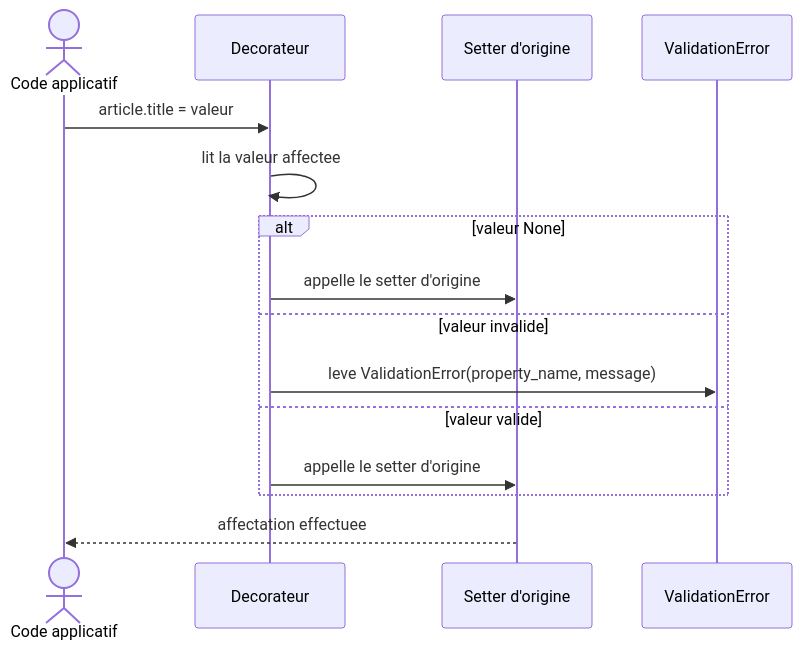
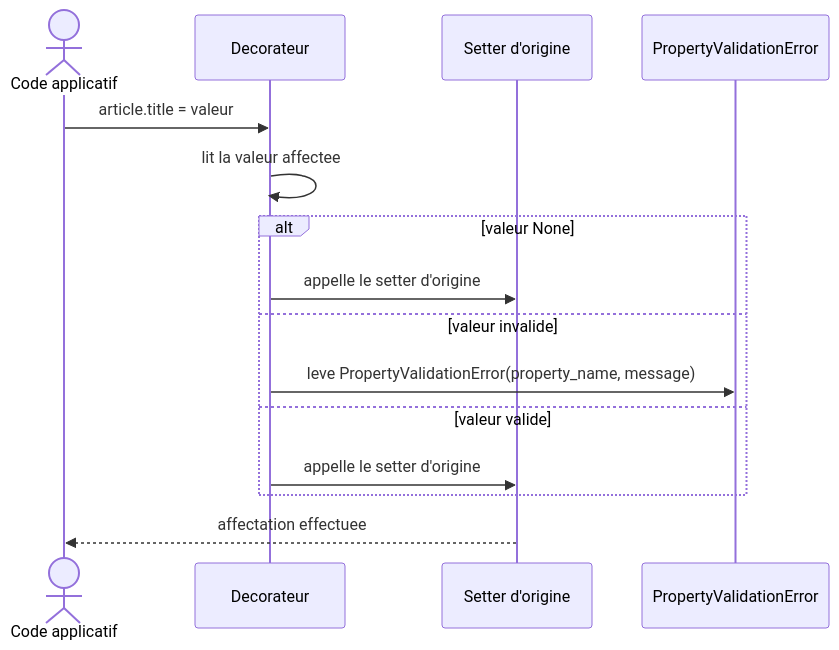
The second of 2 diagrams in core/validation/docs/decorators.md (caucrogeGit/Forge), drawn with Mermaid before and after one commit. The commit also changed other lines of this file and 9 other files, not shown here.

First line of the commit message:
refactor: renommer core.validation.ValidationError en PropertyValidationError (CORE-VALIDATIONERROR-UNIFY-001)

````diff
--- a/core/validation/docs/decorators.md
+++ b/core/validation/docs/decorators.md
@@ -107,18 +107,18 @@
 ```mermaid
 sequenceDiagram
     actor Code as Code applicatif
     participant Wrapper as Decorateur
     participant Setter as Setter d'origine
-    participant Erreur as ValidationError
+    participant Erreur as PropertyValidationError
 
     Code->>Wrapper: article.title = valeur
     Wrapper->>Wrapper: lit la valeur affectee
     alt valeur None
         Wrapper->>Setter: appelle le setter d'origine
     else valeur invalide
-        Wrapper->>Erreur: leve ValidationError(property_name, message)
+        Wrapper->>Erreur: leve PropertyValidationError(property_name, message)
     else valeur valide
         Wrapper->>Setter: appelle le setter d'origine
     end
     Setter-->>Code: affectation effectuee
 ```
````
